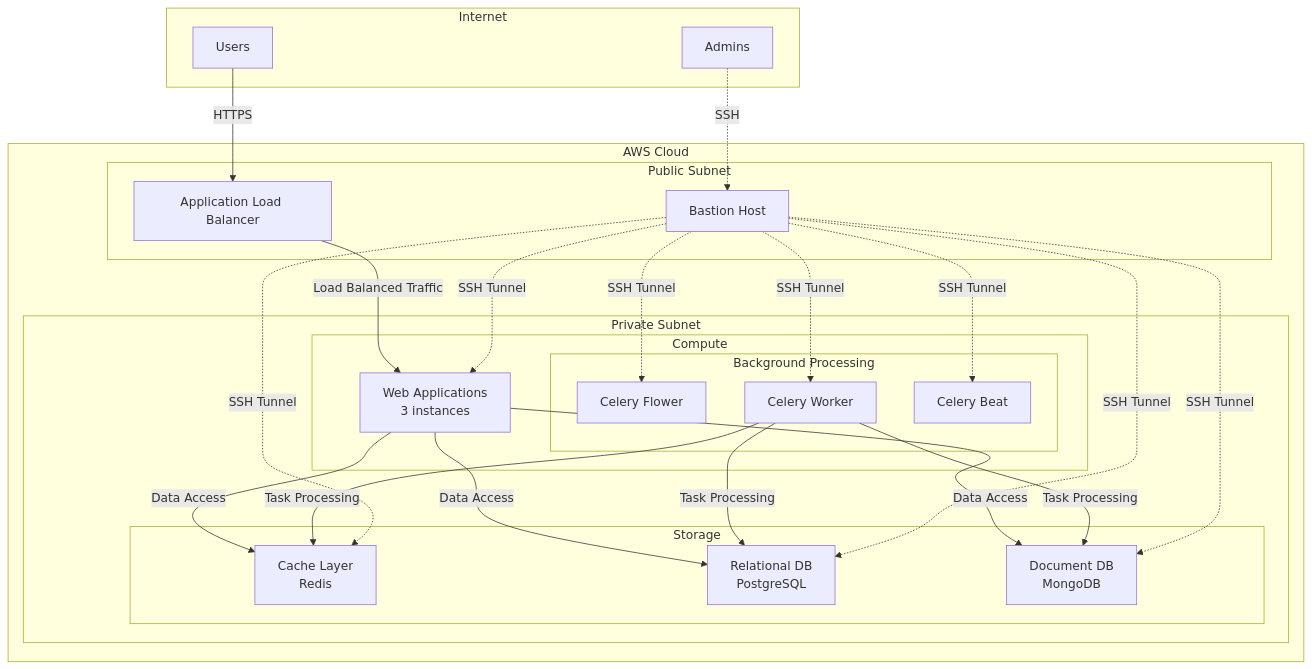
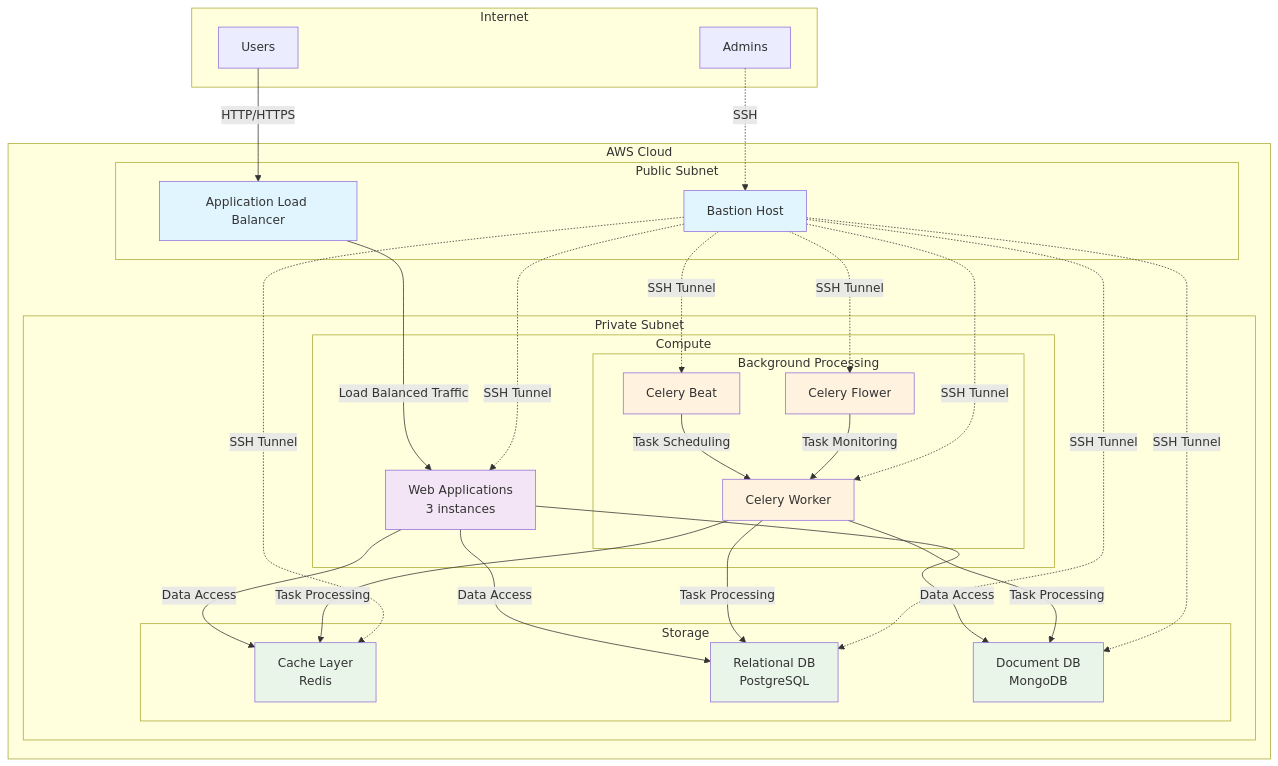
One commit to kaziiriad/url-shortener-scalable changed the second of 2 diagrams in README.md. Above: the diagram before and after it, drawn with Mermaid. The commit also changed other lines of this file and 44 other files, not shown here.

````diff
--- a/README.md
+++ b/README.md
@@ -50,52 +82,68 @@
 ```mermaid
 graph TD
     subgraph "Internet"
         L[Users]
         M[Admins]
     end
 
     subgraph "AWS Cloud"
         subgraph "Public Subnet"
             A[Application Load Balancer]
             B[Bastion Host]
         end
 
         subgraph "Private Subnet"
             subgraph "Compute"
                 C[Web Applications<br/>3 instances]
                 subgraph "Background Processing"
                     K[Celery Flower]
                     I[Celery Worker]
                     J[Celery Beat]
                 end
             end
             
             subgraph "Storage"
                 D[Cache Layer<br/>Redis]
                 E[Relational DB<br/>PostgreSQL]  
                 F[Document DB<br/>MongoDB]
             end
         end
     end
 
-    %% Traffic flows
-    L -->|HTTPS| A
+    %% User Traffic Flow
+    L -->|HTTP/HTTPS| A
     A -->|Load Balanced Traffic| C
+
+    %% Application Data Access
     C -->|Data Access| D
     C -->|Data Access| E
     C -->|Data Access| F
+
+    %% Background Processing Flow
+    J -->|Task Scheduling| I
+    K -->|Task Monitoring| I
     I -->|Task Processing| D
     I -->|Task Processing| E
     I -->|Task Processing| F
 
-    %% Admin access (dotted lines)
+    %% Admin Access (SSH Tunnels)
     M -.->|SSH| B
     B -.->|SSH Tunnel| C
-    B -.->|SSH Tunnel| I
     B -.->|SSH Tunnel| D
     B -.->|SSH Tunnel| E
     B -.->|SSH Tunnel| F
+    B -.->|SSH Tunnel| I
+    B -.->|SSH Tunnel| J
     B -.->|SSH Tunnel| K
-    B -.->|SSH Tunnel| J
-
+    
+    %% Styling for clarity
+    classDef publicTier fill:#e1f5fe
+    classDef appTier fill:#f3e5f5
+    classDef processTier fill:#fff3e0
+    classDef dataTier fill:#e8f5e8
+    
+    class A,B publicTier
+    class C appTier
+    class J,I,K processTier
+    class D,E,F dataTier
 ```
````
